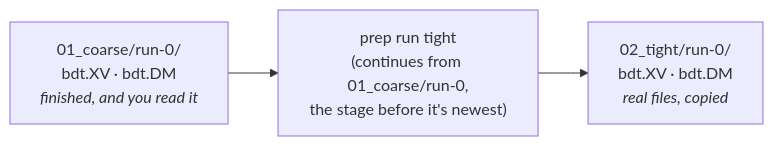
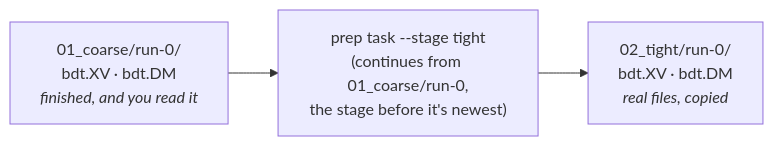
Before and after one commit to Qing-LAB/molbuilder: the sixth of 10 diagrams in docs/execution/job-system.md, drawn with Mermaid. The commit also changed other lines of this file and 30 other files, not shown here.

````diff
--- a/docs/execution/job-system.md
+++ b/docs/execution/job-system.md
@@ -1129,7 +1129,7 @@
 ```mermaid
 flowchart LR
     A["01_coarse/run-0/<br/>bdt.XV · bdt.DM<br/><i>finished, and you read it</i>"]
-    P["prep run tight<br/>(continues from 01_coarse/run-0,<br/>the stage before it's newest)"]
+    P["prep task --stage tight<br/>(continues from 01_coarse/run-0,<br/>the stage before it's newest)"]
     B["02_tight/run-0/<br/>bdt.XV · bdt.DM<br/><i>real files, copied</i>"]
     A --> P --> B
 ```
````
